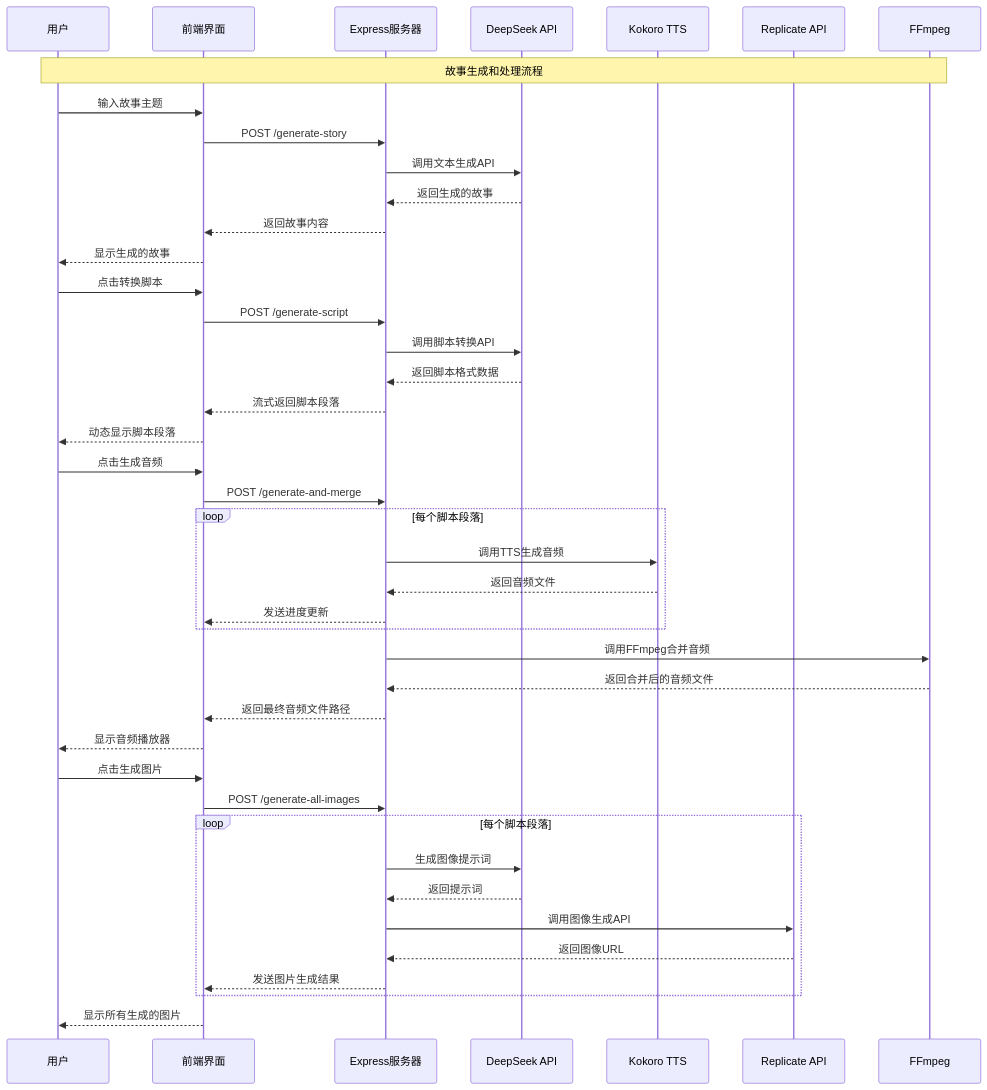
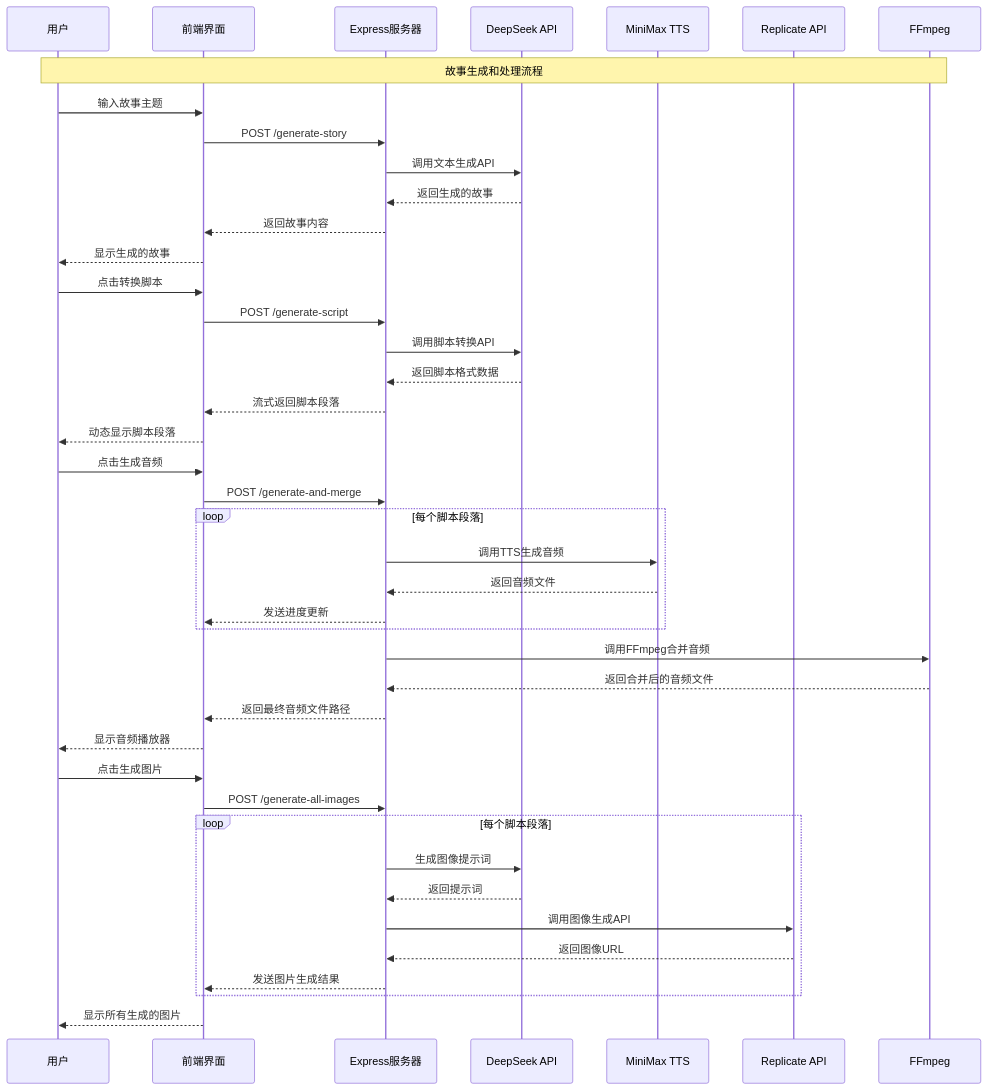
The third of 3 diagrams in TECHNICAL_DOCUMENTATION.md (nicekate/AI-ContentCraft), drawn with Mermaid before and after one commit. The commit also changed other lines of this file and 5 other files, not shown here.

First line of the commit message:
feat: Replace Kokoro TTS with MiniMax Speech-02-Turbo

````diff
--- a/TECHNICAL_DOCUMENTATION.md
+++ b/TECHNICAL_DOCUMENTATION.md
@@ -576,53 +586,53 @@
 ```mermaid
 sequenceDiagram
     participant U as 用户
     participant F as 前端界面
     participant S as Express服务器
     participant D as DeepSeek API
-    participant K as Kokoro TTS
+    participant K as MiniMax TTS
     participant R as Replicate API
     participant FF as FFmpeg
 
     Note over U,FF: 故事生成和处理流程
 
     U->>F: 输入故事主题
     F->>S: POST /generate-story
     S->>D: 调用文本生成API
     D-->>S: 返回生成的故事
     S-->>F: 返回故事内容
     F-->>U: 显示生成的故事
 
     U->>F: 点击转换脚本
     F->>S: POST /generate-script
     S->>D: 调用脚本转换API
     D-->>S: 返回脚本格式数据
     S-->>F: 流式返回脚本段落
     F-->>U: 动态显示脚本段落
 
     U->>F: 点击生成音频
     F->>S: POST /generate-and-merge
 
     loop 每个脚本段落
         S->>K: 调用TTS生成音频
         K-->>S: 返回音频文件
         S-->>F: 发送进度更新
     end
 
     S->>FF: 调用FFmpeg合并音频
     FF-->>S: 返回合并后的音频文件
     S-->>F: 返回最终音频文件路径
     F-->>U: 显示音频播放器
 
     U->>F: 点击生成图片
     F->>S: POST /generate-all-images
 
     loop 每个脚本段落
         S->>D: 生成图像提示词
         D-->>S: 返回提示词
         S->>R: 调用图像生成API
         R-->>S: 返回图像URL
         S-->>F: 发送图片生成结果
     end
 
     F-->>U: 显示所有生成的图片
 ```
````
